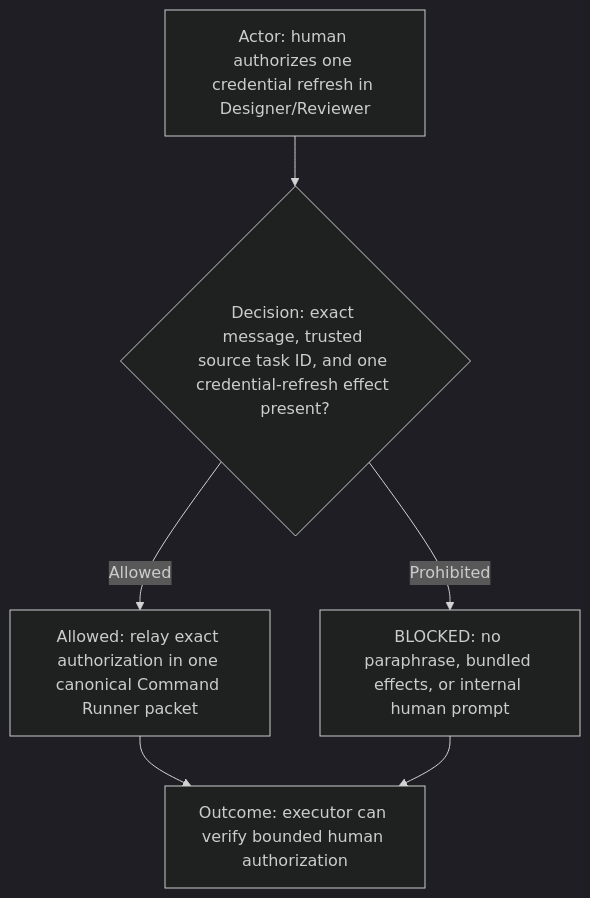
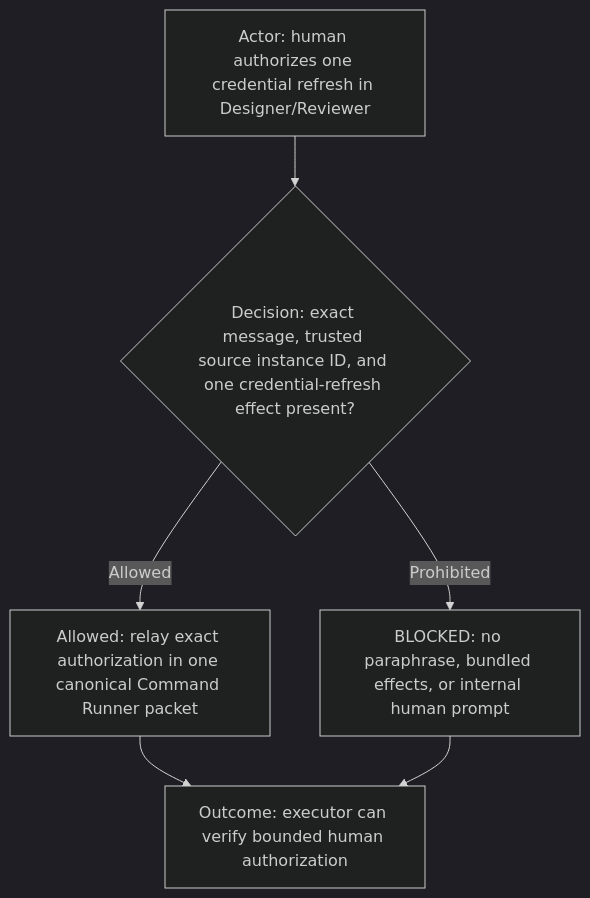
One commit to starodubtsevconsulting/ai-fleas changed diagram 13 of 21 in ai-workflows/_common/roles/designer-reviewer.md. Above: the diagram before and after it, drawn with Mermaid (dark theme). The commit also changed other lines of this file and 15 other files, not shown here.

````diff
--- a/ai-workflows/_common/roles/designer-reviewer.md
+++ b/ai-workflows/_common/roles/designer-reviewer.md
@@ -316,8 +316,8 @@
 ```mermaid
 flowchart TD
-  Actor["Actor: human authorizes one credential refresh in Designer/Reviewer"] --> Decision{"Decision: exact message, trusted source task ID, and one credential-refresh effect present?"}
+  Actor["Actor: human authorizes one credential refresh in Designer/Reviewer"] --> Decision{"Decision: exact message, trusted source instance ID, and one credential-refresh effect present?"}
   Decision -->|Allowed| Route["Allowed: relay exact authorization in one canonical Command Runner packet"]
   Decision -->|Prohibited| Blocked["BLOCKED: no paraphrase, bundled effects, or internal human prompt"]
   Route --> Outcome["Outcome: executor can verify bounded human authorization"]
   Blocked --> Outcome
 ```
````
